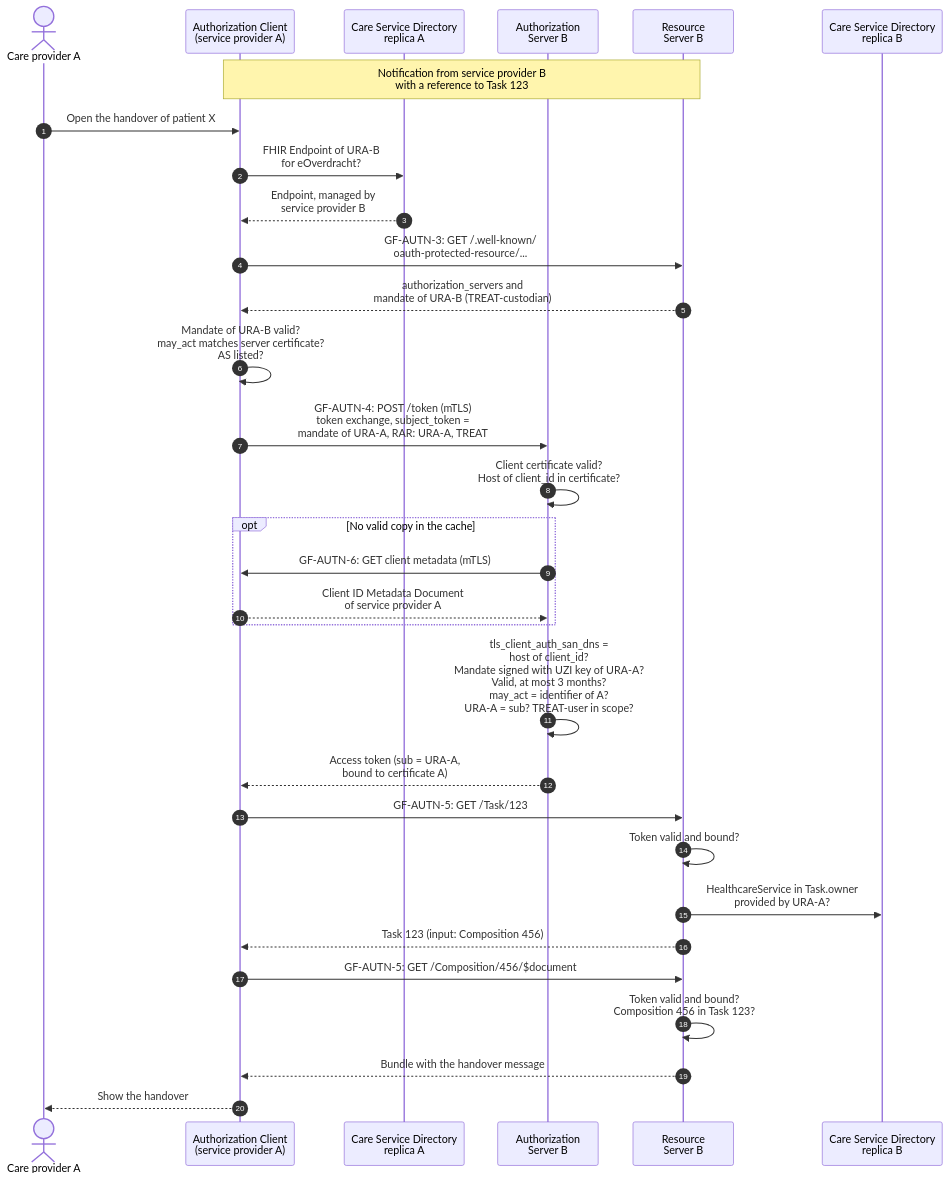
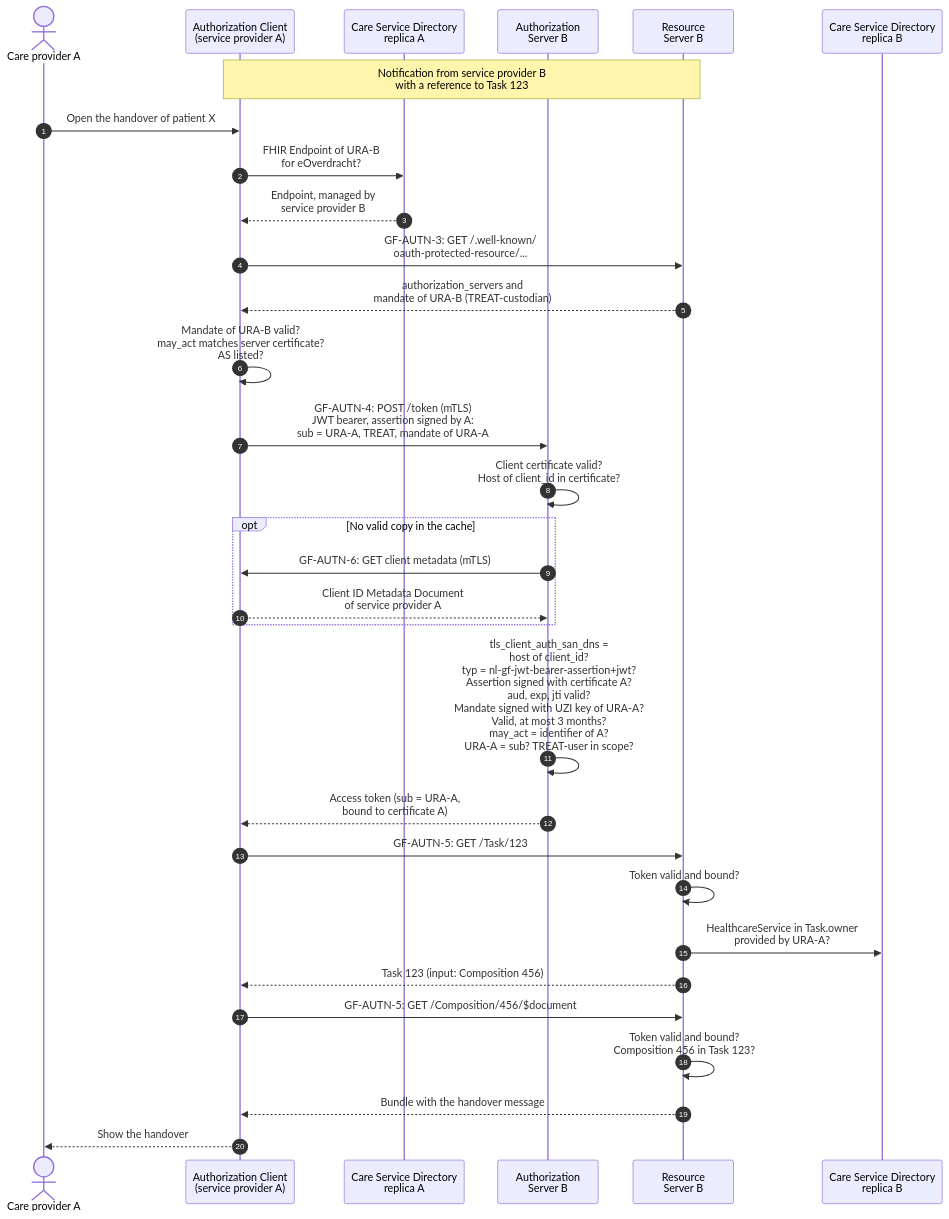
Before and after one commit to minvws/generiekefuncties-docs: the third of 3 diagrams in input/pagecontent/authentication.md, drawn with Mermaid. The commit also changed other lines of this file and 6 other files, not shown here.

````diff
--- a/input/pagecontent/authentication.md
+++ b/input/pagecontent/authentication.md
@@ -512,34 +515,34 @@
 ```mermaid
 sequenceDiagram
     autonumber
     actor CPA as Care provider A
     participant AC as Authorization Client<br/>(service provider A)
     participant CSDA as Care Service Directory<br/>replica A
     participant AS as Authorization<br/>Server B
     participant RS as Resource<br/>Server B
     participant CSDB as Care Service Directory<br/>replica B
 
     Note over AC,RS: Notification from service provider B<br/>with a reference to Task 123
     CPA->>AC: Open the handover of patient X
     AC->>CSDA: FHIR Endpoint of URA-B<br/>for eOverdracht?
     CSDA-->>AC: Endpoint, managed by<br/>service provider B
     AC->>RS: GF-AUTN-3: GET /.well-known/<br/>oauth-protected-resource/...
     RS-->>AC: authorization_servers and<br/>mandate of URA-B (TREAT-custodian)
     AC->>AC: Mandate of URA-B valid?<br/>may_act matches server certificate?<br/>AS listed?
-    AC->>AS: GF-AUTN-4: POST /token (mTLS)<br/>token exchange, subject_token =<br/>mandate of URA-A, RAR: URA-A, TREAT
+    AC->>AS: GF-AUTN-4: POST /token (mTLS)<br/>JWT bearer, assertion signed by A:<br/>sub = URA-A, TREAT, mandate of URA-A
     AS->>AS: Client certificate valid?<br/>Host of client_id in certificate?
     opt No valid copy in the cache
         AS->>AC: GF-AUTN-6: GET client metadata (mTLS)
         AC-->>AS: Client ID Metadata Document<br/>of service provider A
     end
-    AS->>AS: tls_client_auth_san_dns =<br/>host of client_id?<br/>Mandate signed with UZI key of URA-A?<br/>Valid, at most 3 months?<br/>may_act = identifier of A?<br/>URA-A = sub? TREAT-user in scope?
+    AS->>AS: tls_client_auth_san_dns =<br/>host of client_id?<br/>typ = nl-gf-jwt-bearer-assertion+jwt?<br/>Assertion signed with certificate A?<br/>aud, exp, jti valid?<br/>Mandate signed with UZI key of URA-A?<br/>Valid, at most 3 months?<br/>may_act = identifier of A?<br/>URA-A = sub? TREAT-user in scope?
     AS-->>AC: Access token (sub = URA-A,<br/>bound to certificate A)
     AC->>RS: GF-AUTN-5: GET /Task/123
     RS->>RS: Token valid and bound?
     RS->>CSDB: HealthcareService in Task.owner<br/>provided by URA-A?
     RS-->>AC: Task 123 (input: Composition 456)
     AC->>RS: GF-AUTN-5: GET /Composition/456/$document
     RS->>RS: Token valid and bound?<br/>Composition 456 in Task 123?
     RS-->>AC: Bundle with the handover message
     AC-->>CPA: Show the handover
 ```
````
